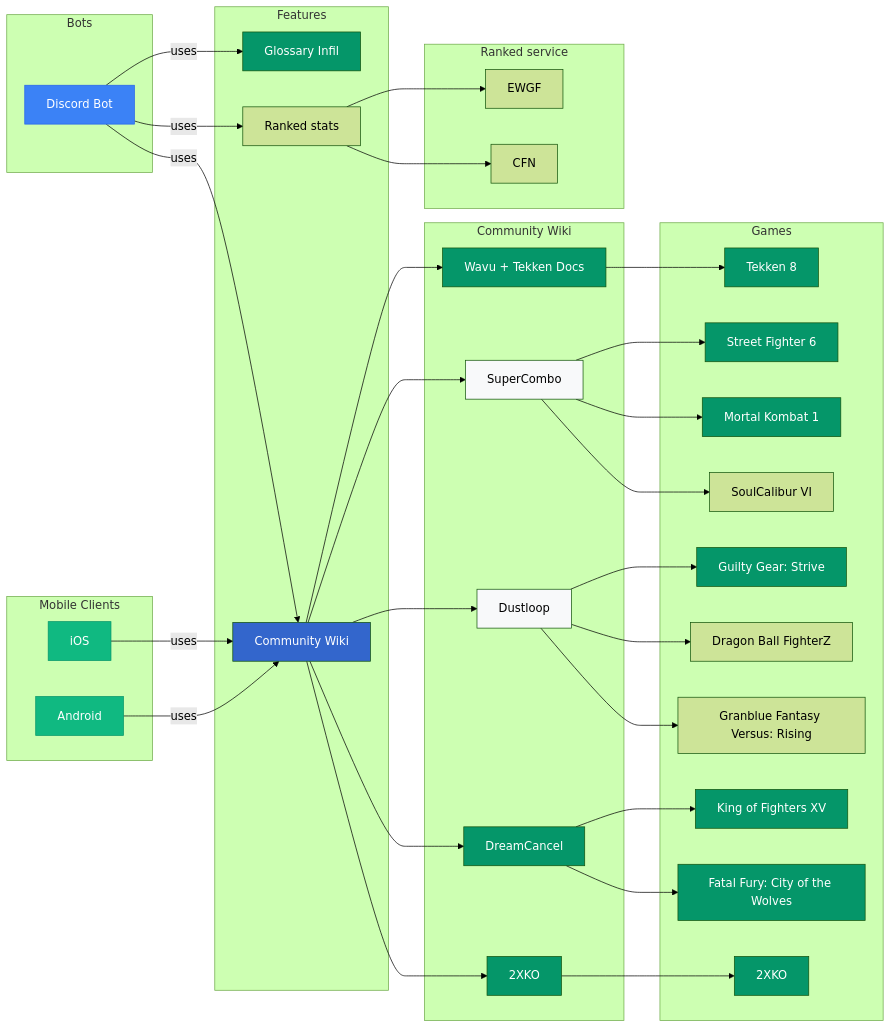
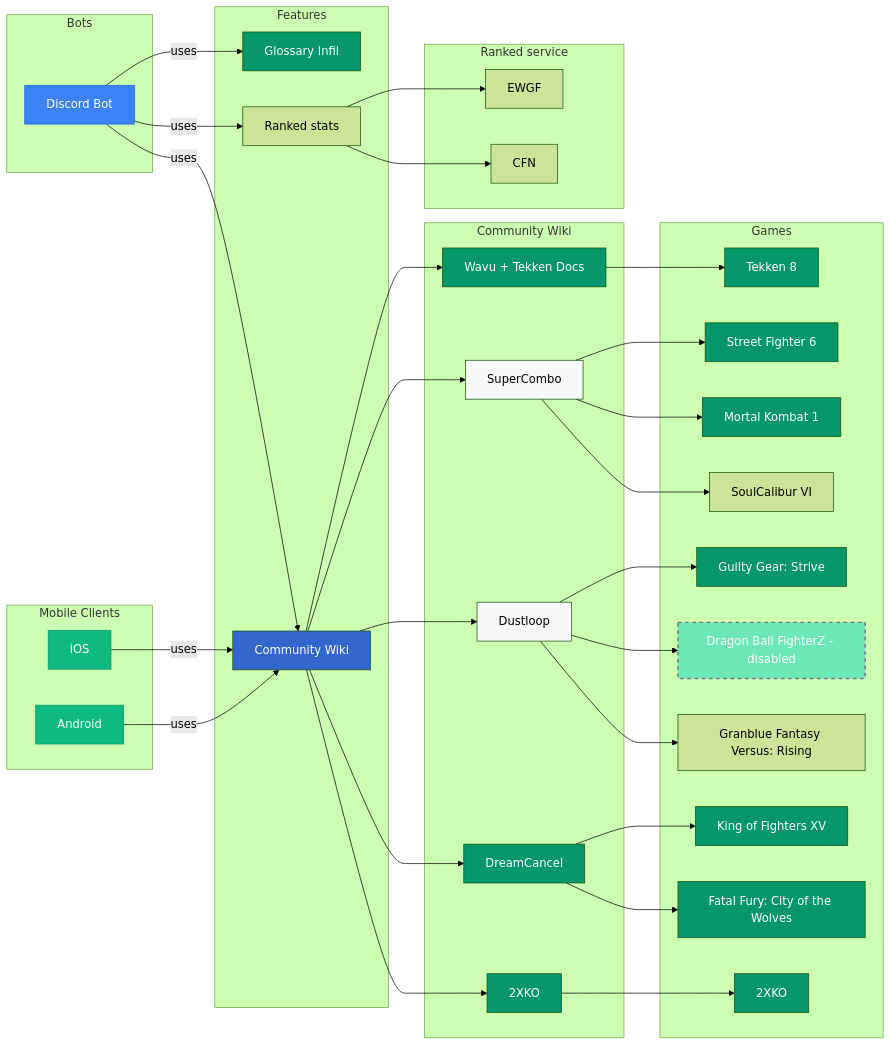
One commit to Sophon/FightingNerd changed the diagram in README.md. Above: the diagram before and after it, drawn with Mermaid (forest theme). The commit also changed 1 other file, not shown here.

Commit message:
doc (mermaid): modules

````diff
--- a/README.md
+++ b/README.md
@@ -50,7 +50,7 @@
     mk1[Mortal Kombat 1]
     sc6[SoulCalibur VI]
     ggst[Guilty Gear: Strive]
-    dbfz[Dragon Ball FighterZ]
+    dbfz[Dragon Ball FighterZ - disabled]
     gbvsr[Granblue Fantasy Versus: Rising]
     kof15[King of Fighters XV]
     cotw[Fatal Fury: City of the Wolves]
@@ -107,4 +107,5 @@
   style cotw fill:#059669,color:#fff
   style ggst fill:#059669,color:#fff
   style mk1 fill:#059669,color:#fff
+  style dbfz fill:#6EE7B7,color:#fff,stroke:#6B7280,stroke-width:2,stroke-dasharray:5 5
 ```
````
